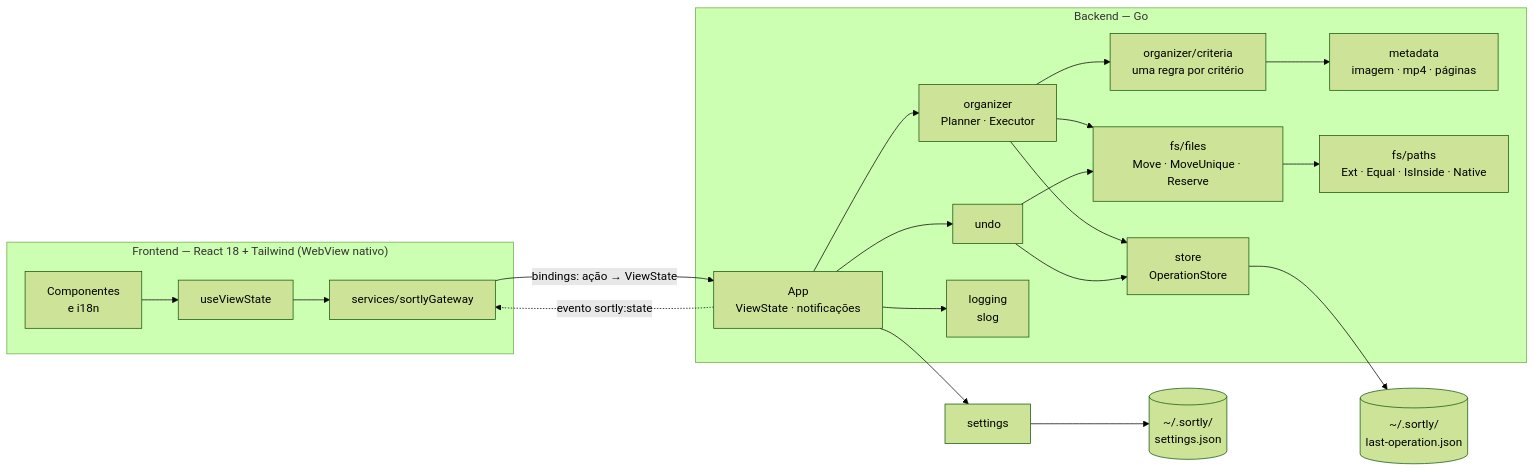
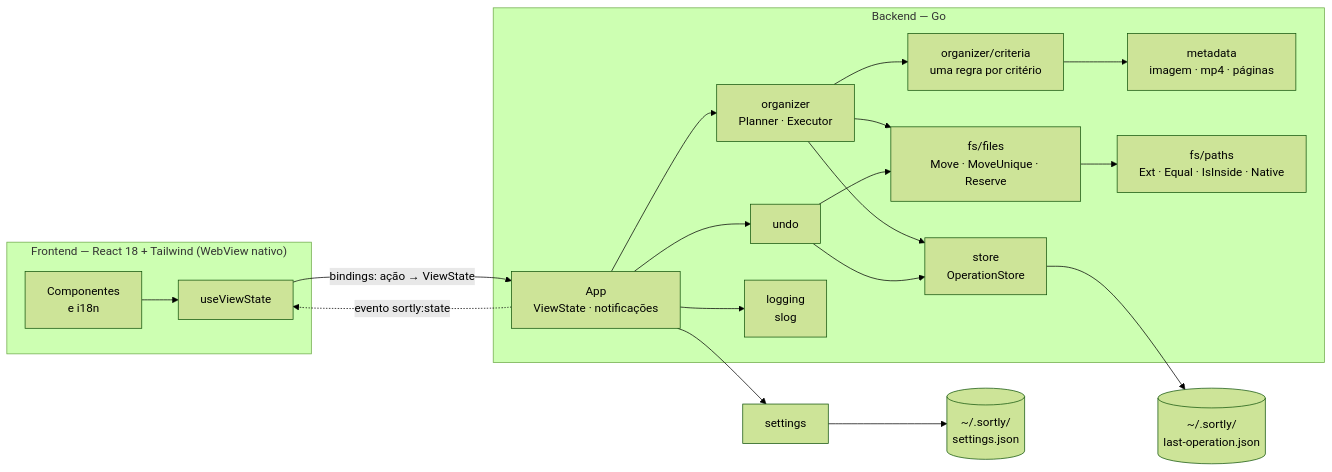
The diagram in docs/architecture.md (caiofdev/sortly), drawn with Mermaid (forest theme) before and after one commit. The commit also changed other lines of this file and 4 other files, not shown here.

Commit message:
docs(sortly-61): gateway removido na ADR 0005, arquitetura e guia de testes

````diff
--- a/docs/architecture.md
+++ b/docs/architecture.md
@@ -11,24 +11,23 @@
 ```mermaid
 flowchart LR
   subgraph Frontend["Frontend — React 18 + Tailwind (WebView nativo)"]
     UI[Componentes<br/>e i18n] --> VS[useViewState]
-    VS --> GW[services/sortlyGateway]
   end
-  GW -- "bindings: ação → ViewState" --> App
-  App -. "evento sortly:state" .-> GW
+  VS -- "bindings: ação → ViewState" --> App
+  App -. "evento sortly:state" .-> VS
   subgraph Backend["Backend — Go"]
     App[App<br/>ViewState · notificações] --> Org[organizer<br/>Planner · Executor]
     Org --> Crit[organizer/criteria<br/>uma regra por critério]
     App --> Undo[undo]
     Crit --> Meta[metadata<br/>imagem · mp4 · páginas]
     Org --> Files[fs/files<br/>Move · MoveUnique · Reserve]
     Undo --> Files
     Files --> Paths[fs/paths<br/>Ext · Equal · IsInside · Native]
     Org --> Store[store<br/>OperationStore]
     Undo --> Store
     App --> Log[logging<br/>slog]
   end
   Store --> JSON[(~/.sortly/<br/>last-operation.json)]
   App --> Settings[settings]
   Settings --> Prefs[(~/.sortly/<br/>settings.json)]
 ```
````
